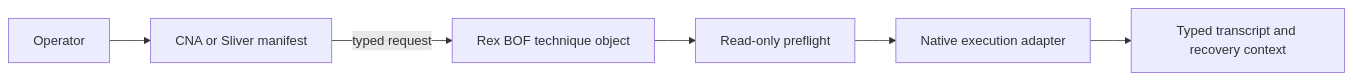
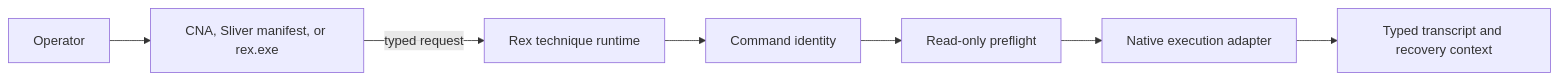
The diagram in docs/architecture.md (rubyattack3r/Rex-BOF), drawn with Mermaid before and after one commit. The commit also changed other lines of this file and 69 other files, not shown here.

First line of the commit message:
Add command-scoped credentials and standalone Rex CLI (#13)

````diff
--- a/docs/architecture.md
+++ b/docs/architecture.md
@@ -8,8 +10,9 @@
 ```mermaid
 flowchart LR
-    O[Operator] --> I[CNA or Sliver manifest]
-    I -->|typed request| B[Rex BOF technique object]
-    B --> P[Read-only preflight]
+    O[Operator] --> I[CNA, Sliver manifest, or rex.exe]
+    I -->|typed request| B[Rex technique runtime]
+    B --> A[Command identity]
+    A --> P[Read-only preflight]
     P --> E[Native execution adapter]
     E --> R[Typed transcript and recovery context]
 ```
````
